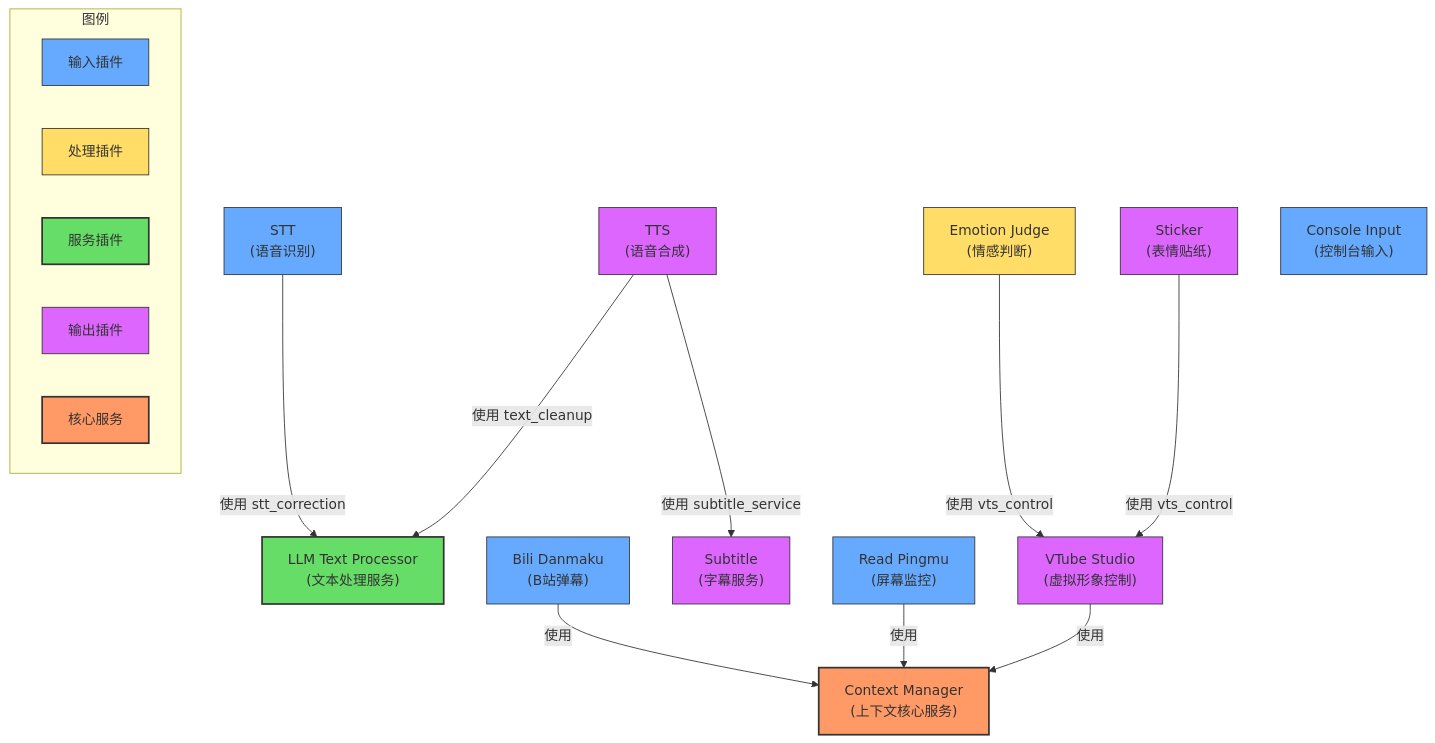
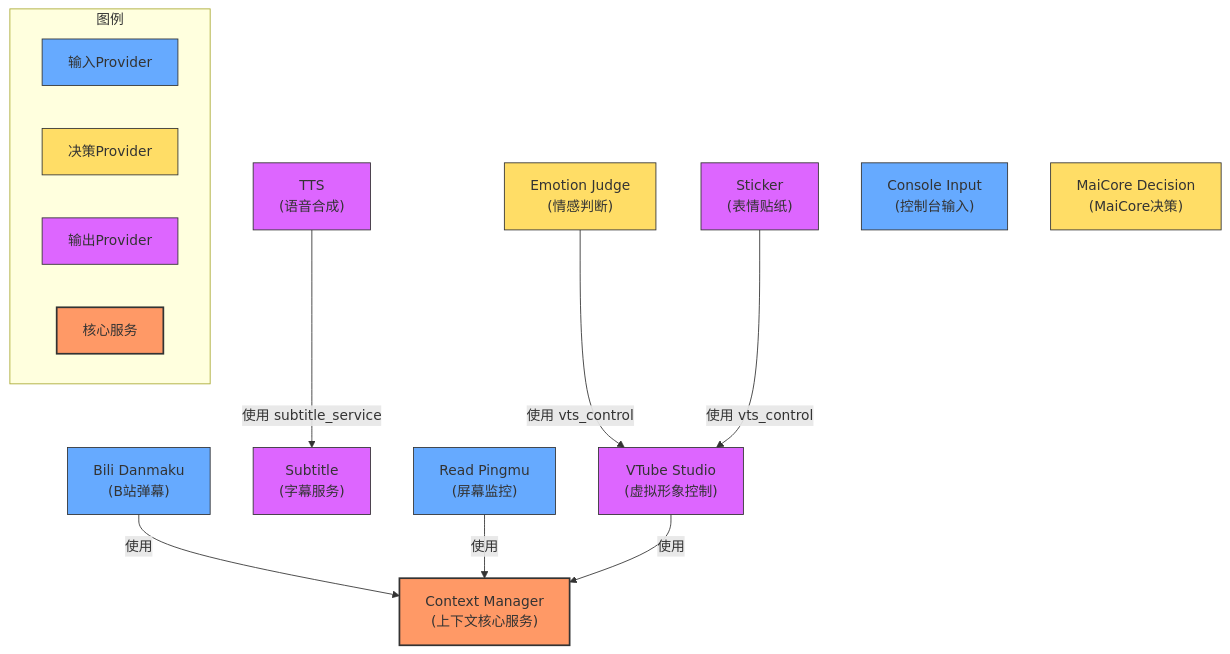
The second of 2 diagrams in README.md (Mai-with-u/Amaidesu), drawn with Mermaid before and after one commit. The commit also changed other lines of this file and 471 other files, not shown here.

````diff
--- a/README.md
+++ b/README.md
@@ -151,41 +269,37 @@
 ```mermaid
 flowchart TD
     %% 核心服务
     ContextManager["Context Manager<br>(上下文核心服务)"]:::core_service
-    
-    %% 服务插件
-    LLMTextProcessor["LLM Text Processor<br>(文本处理服务)"]:::service
+
+    %% 服务Provider
     VTubeStudio["VTube Studio<br>(虚拟形象控制)"]:::output
     Subtitle["Subtitle<br>(字幕服务)"]:::output
-    
+
     %% 服务依赖关系
     BiliDanmaku["Bili Danmaku<br>(B站弹幕)"]:::input -->|使用| ContextManager
     ReadPingmu["Read Pingmu<br>(屏幕监控)"]:::input -->|使用| ContextManager
     VTubeStudio -->|使用| ContextManager
-    
-    STT["STT<br>(语音识别)"]:::input -->|使用 stt_correction| LLMTextProcessor
-    TTS["TTS<br>(语音合成)"]:::output -->|使用 text_cleanup| LLMTextProcessor
-    TTS -->|使用 subtitle_service| Subtitle
-    
-    EmotionJudge["Emotion Judge<br>(情感判断)"]:::process -->|使用 vts_control| VTubeStudio
+
+    TTS["TTS<br>(语音合成)"]:::output -->|使用 subtitle_service| Subtitle
+
+    EmotionJudge["Emotion Judge<br>(情感判断)"]:::decision -->|使用 vts_control| VTubeStudio
     Sticker["Sticker<br>(表情贴纸)"]:::output -->|使用 vts_control| VTubeStudio
-    
-    %% 没有依赖其他服务的独立插件
+
+    %% 没有依赖其他服务的独立Provider
     ConsoleInput["Console Input<br>(控制台输入)"]:::input
-    
+    MaiCoreDecision["MaiCore Decision<br>(MaiCore决策)"]:::decision
+
     %% 样式定义
     classDef core_service fill:#f96,stroke:#333,stroke-width:2px
     classDef input fill:#6af,stroke:#333,stroke-width:1px
-    classDef process fill:#fd6,stroke:#333,stroke-width:1px
-    classDef service fill:#6d6,stroke:#333,stroke-width:2px
+    classDef decision fill:#fd6,stroke:#333,stroke-width:1px
     classDef output fill:#d6f,stroke:#333,stroke-width:1px
-    
+
     %% 图例
     subgraph 图例
-        InputEx["输入插件"]:::input
-        ProcessEx["处理插件"]:::process
-        ServiceEx["服务插件"]:::service
-        OutputEx["输出插件"]:::output
+        InputEx["输入Provider"]:::input
+        DecisionEx["决策Provider"]:::decision
+        OutputEx["输出Provider"]:::output
         CoreSrvEx["核心服务"]:::core_service
     end
 ```
````
